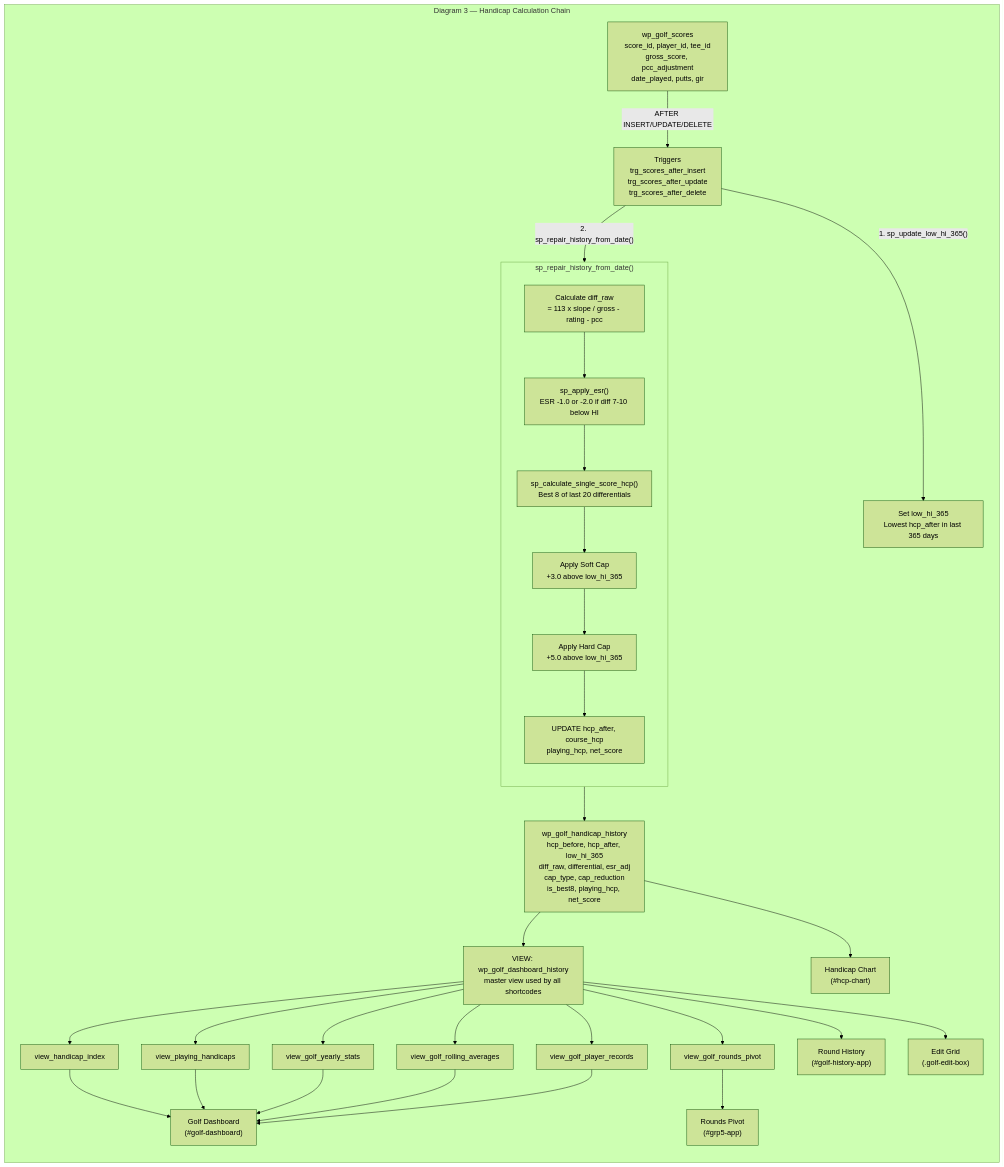
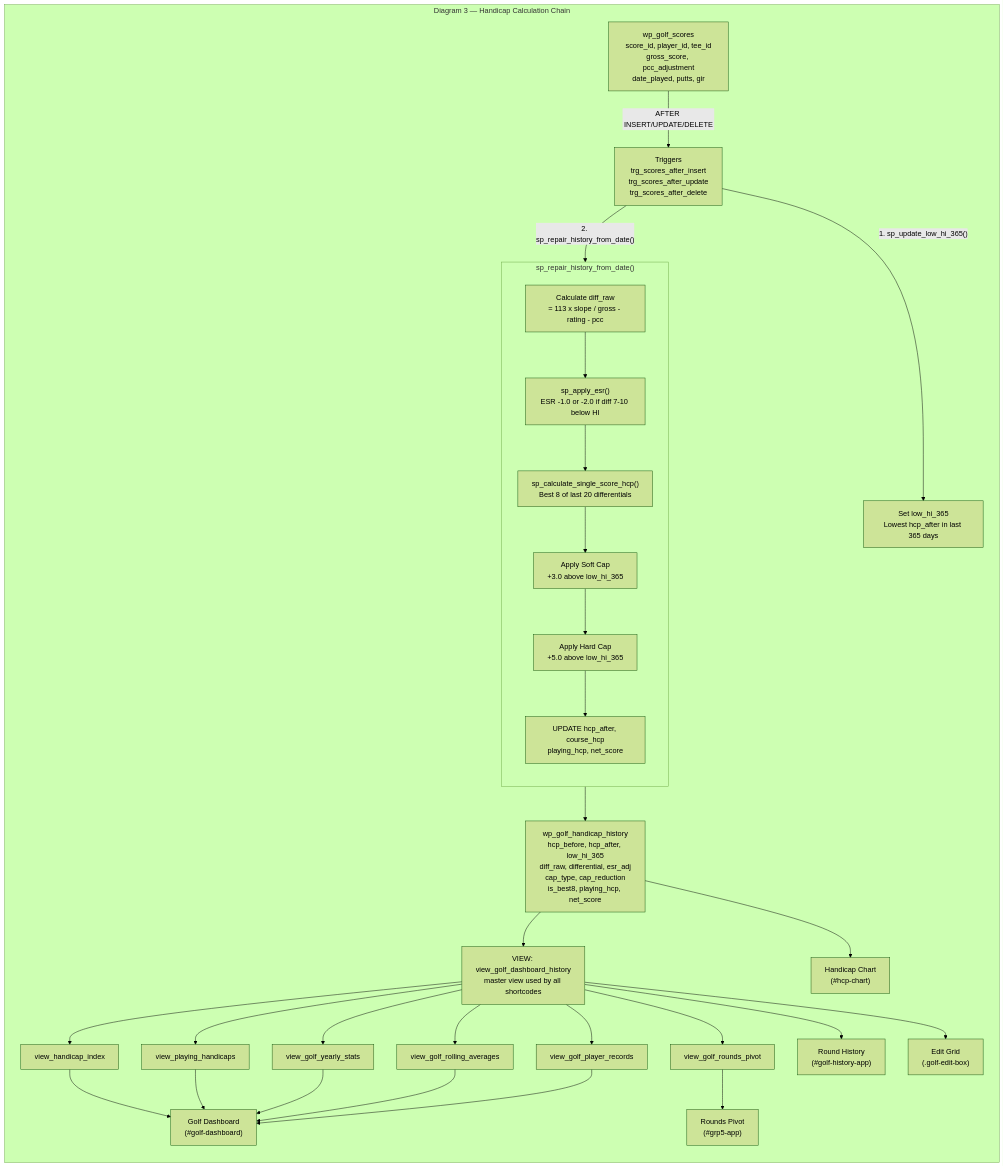
The diagram in doc3.md (Phrilly/828ers), drawn with Mermaid (forest theme) before and after one commit. The commit also changed 7 other files, not shown here.

Commit message:
Rename view_golf_dashboard_history

````diff
--- a/doc3.md
+++ b/doc3.md
@@ -1,40 +1,40 @@
 ```mermaid
 flowchart TD
 
 %% ==========================================
     %% DIAGRAM 3: HANDICAP CALCULATION CHAIN
     %% ==========================================
     subgraph D3 ["Diagram 3 — Handicap Calculation Chain"]
         direction TB
         D3_SCORE["wp_golf_scores\nscore_id, player_id, tee_id\ngross_score, pcc_adjustment\ndate_played, putts, gir"] 
         D3_SCORE -->|AFTER INSERT/UPDATE/DELETE| D3_TRG["Triggers\ntrg_scores_after_insert\ntrg_scores_after_update\ntrg_scores_after_delete"]
         
         D3_TRG -->|"1. sp_update_low_hi_365()"| D3_LOWHI["Set low_hi_365\nLowest hcp_after in last 365 days"]
         D3_TRG -->|"2. sp_repair_history_from_date()"| D3_R1
         
         subgraph D3_REPAIR ["sp_repair_history_from_date()"]
             direction TB
             D3_R1["Calculate diff_raw\n= 113 x slope / gross - rating - pcc"] --> D3_R2["sp_apply_esr()\nESR -1.0 or -2.0 if diff 7-10 below HI"]
             D3_R2 --> D3_R3["sp_calculate_single_score_hcp()\nBest 8 of last 20 differentials"]
             D3_R3 --> D3_R4["Apply Soft Cap\n+3.0 above low_hi_365"]
             D3_R4 --> D3_R5["Apply Hard Cap\n+5.0 above low_hi_365"]
             D3_R5 --> D3_R6["UPDATE hcp_after, course_hcp\nplaying_hcp, net_score"]
         end
         
         D3_R6 --> D3_HH["wp_golf_handicap_history\nhcp_before, hcp_after, low_hi_365\ndiff_raw, differential, esr_adj\ncap_type, cap_reduction\nis_best8, playing_hcp, net_score"]
         
-        D3_HH --> D3_VDH["VIEW: wp_golf_dashboard_history\nmaster view used by all shortcodes"]
+        D3_HH --> D3_VDH["VIEW: view_golf_dashboard_history\nmaster view used by all shortcodes"]
         D3_VDH --> D3_V1["view_handicap_index"]
         D3_VDH --> D3_V2["view_playing_handicaps"]
         D3_VDH --> D3_V3["view_golf_yearly_stats"]
         D3_VDH --> D3_V4["view_golf_rolling_averages"]
         D3_VDH --> D3_V5["view_golf_player_records"]
         D3_VDH --> D3_V6["view_golf_rounds_pivot"]
         
         D3_V1 & D3_V2 & D3_V3 & D3_V4 & D3_V5 --> D3_DASH["Golf Dashboard\n(#golf-dashboard)"]
         D3_VDH --> D3_HIST["Round History\n(#golf-history-app)"]
         D3_VDH --> D3_EDIT["Edit Grid\n(.golf-edit-box)"]
         D3_V6 --> D3_PIVOT["Rounds Pivot\n(#grp5-app)"]
         D3_HH --> D3_CHART["Handicap Chart\n(#hcp-chart)"]
     end
 ```
````
